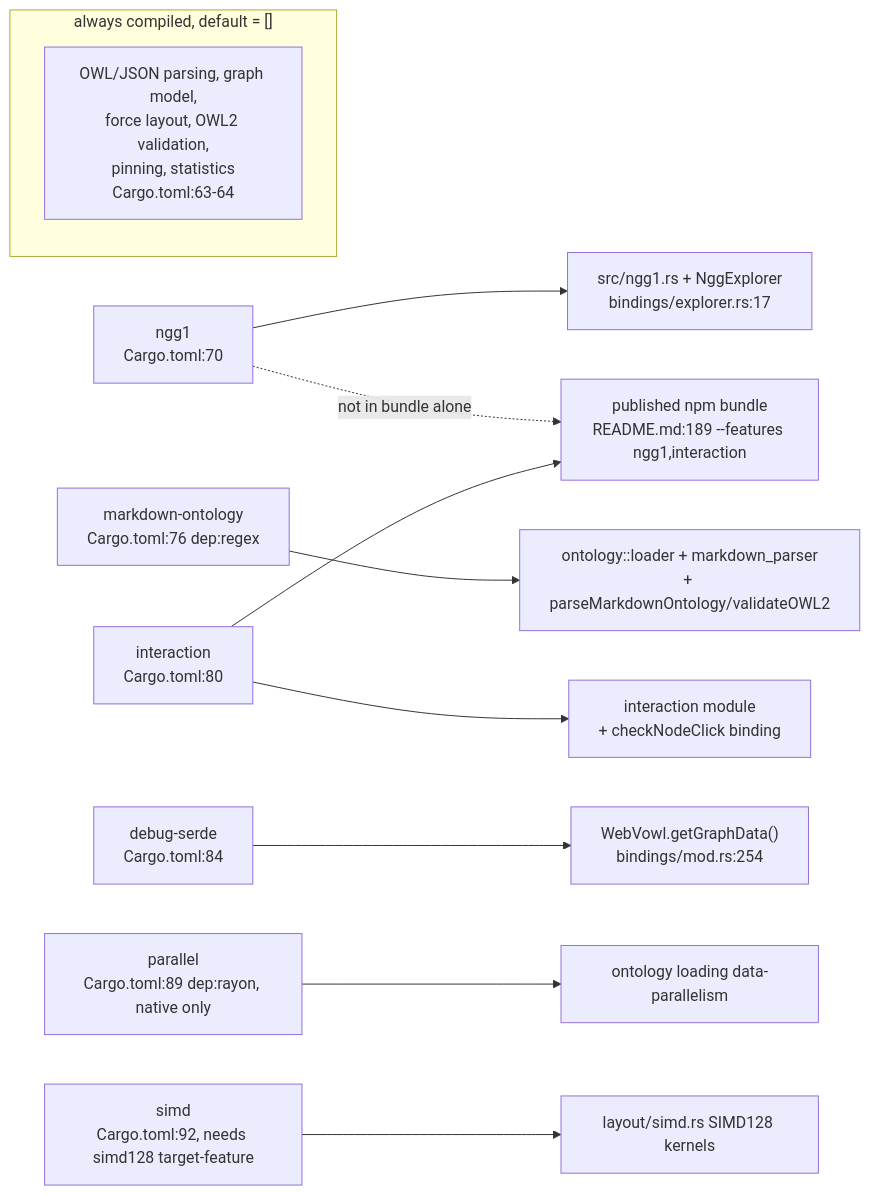
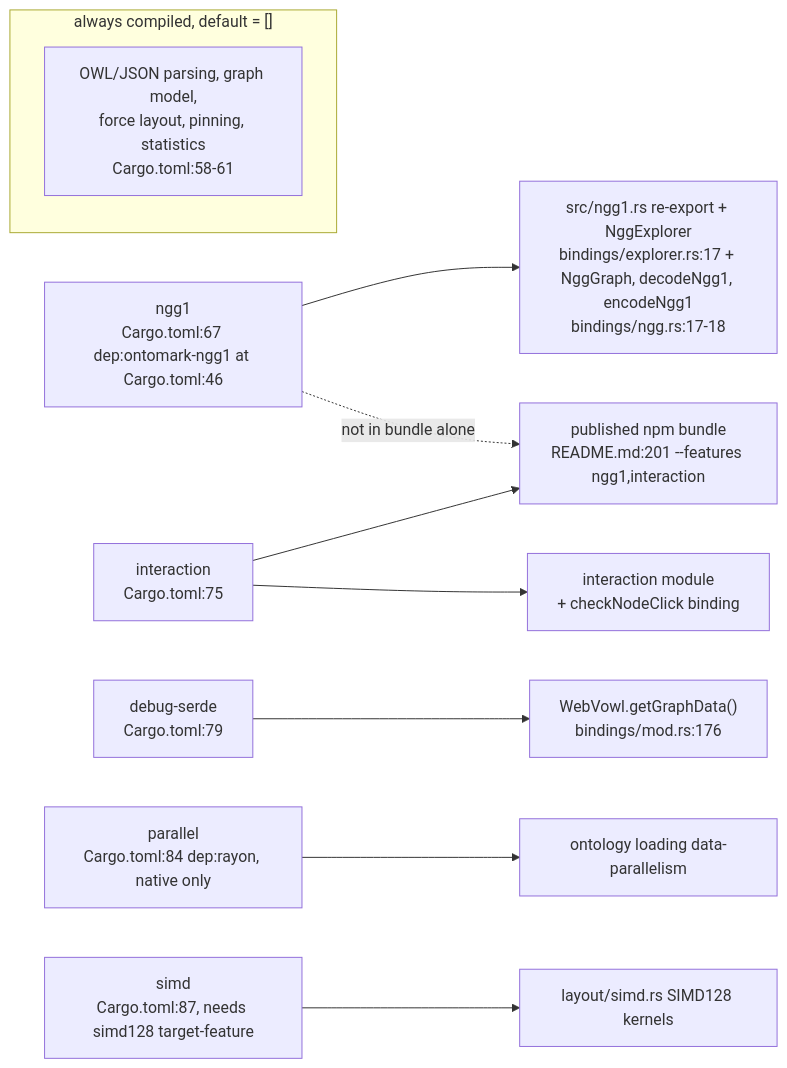
One commit to DreamLab-AI/VisionFlow changed the second of 6 diagrams in docs/diagrams/vowl-wasm/01-crate-composition-and-wasm-boundary.md. Above: the diagram before and after it, drawn with Mermaid. The commit also changed other lines of this file and 160 other files, not shown here.

````diff
--- a/docs/diagrams/vowl-wasm/01-crate-composition-and-wasm-boundary.md
+++ b/docs/diagrams/vowl-wasm/01-crate-composition-and-wasm-boundary.md
@@ -45,14 +48,13 @@
 ```mermaid
 flowchart LR
     subgraph Always["always compiled, default = []"]
-        CORE["OWL/JSON parsing, graph model,<br/>force layout, OWL2 validation,<br/>pinning, statistics<br/>Cargo.toml:63-64"]
+        CORE["OWL/JSON parsing, graph model,<br/>force layout, pinning, statistics<br/>Cargo.toml:58-61"]
     end
-    NGG1F["ngg1<br/>Cargo.toml:70"] --> NGGMOD["src/ngg1.rs + NggExplorer<br/>bindings/explorer.rs:17"]
-    MDF["markdown-ontology<br/>Cargo.toml:76 dep:regex"] --> MDMOD["ontology::loader + markdown_parser<br/>+ parseMarkdownOntology/validateOWL2"]
-    INTF["interaction<br/>Cargo.toml:80"] --> INTMOD["interaction module<br/>+ checkNodeClick binding"]
-    DBGF["debug-serde<br/>Cargo.toml:84"] --> DBGMOD["WebVowl.getGraphData()<br/>bindings/mod.rs:254"]
-    PARF["parallel<br/>Cargo.toml:89 dep:rayon, native only"] --> PARMOD["ontology loading data-parallelism"]
-    SIMDF["simd<br/>Cargo.toml:92, needs simd128 target-feature"] --> SIMDMOD["layout/simd.rs SIMD128 kernels"]
+    NGG1F["ngg1<br/>Cargo.toml:67 dep:ontomark-ngg1 at Cargo.toml:46"] --> NGGMOD["src/ngg1.rs re-export + NggExplorer<br/>bindings/explorer.rs:17 + NggGraph, decodeNgg1, encodeNgg1<br/>bindings/ngg.rs:17-18"]
+    INTF["interaction<br/>Cargo.toml:75"] --> INTMOD["interaction module<br/>+ checkNodeClick binding"]
+    DBGF["debug-serde<br/>Cargo.toml:79"] --> DBGMOD["WebVowl.getGraphData()<br/>bindings/mod.rs:176"]
+    PARF["parallel<br/>Cargo.toml:84 dep:rayon, native only"] --> PARMOD["ontology loading data-parallelism"]
+    SIMDF["simd<br/>Cargo.toml:87, needs simd128 target-feature"] --> SIMDMOD["layout/simd.rs SIMD128 kernels"]
     NGG1F -. "not in bundle alone" .-> BUNDLE
-    INTF --> BUNDLE["published npm bundle<br/>README.md:189 --features ngg1,interaction"]
+    INTF --> BUNDLE["published npm bundle<br/>README.md:201 --features ngg1,interaction"]
 ```
````
